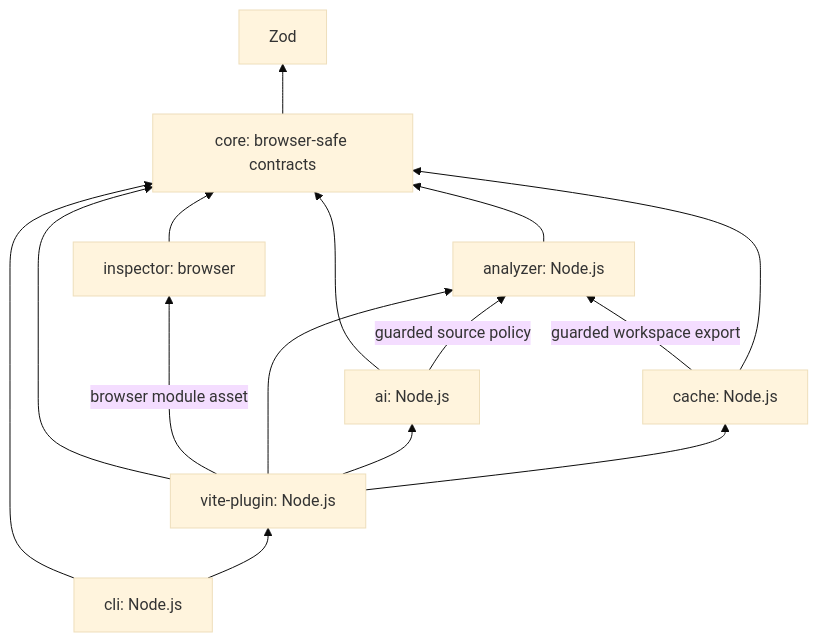
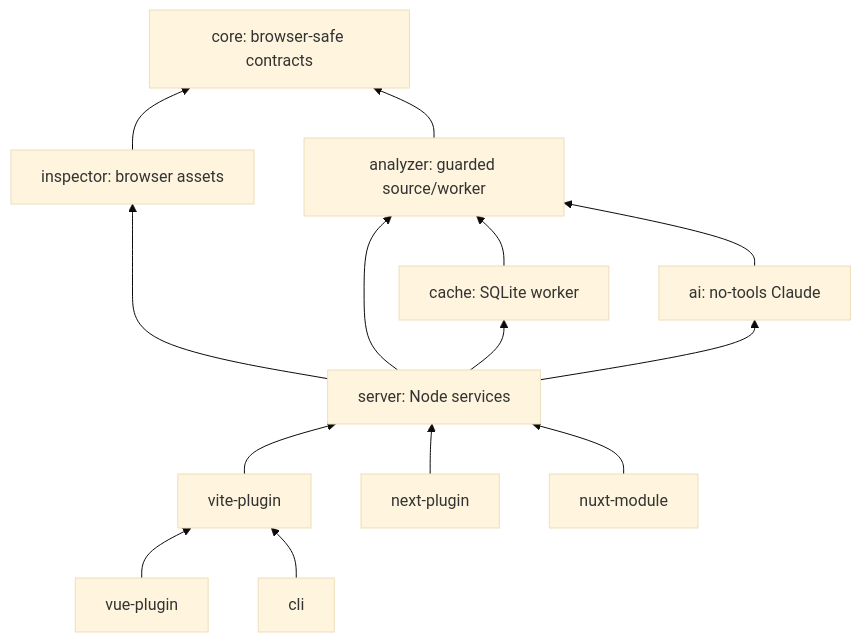
One commit to sonht113/dev-analyst changed the diagram in docs/architecture.md. Above: the diagram before and after it, drawn with Mermaid (base theme). The commit also changed other lines of this file and 165 other files, not shown here.

````diff
--- a/docs/architecture.md
+++ b/docs/architecture.md
@@ -19,17 +25,16 @@
 ```mermaid
 flowchart BT
-  Inspector[inspector: browser] --> Core[core: browser-safe contracts]
-  Vite[vite-plugin: Node.js] --> Core
-  Vite -->|browser module asset| Inspector
-  Analyzer[analyzer: Node.js] --> Core
-  Vite --> Analyzer
-  Vite --> AI
-  Vite --> Cache
-  Cache -->|guarded workspace export| Analyzer
-  AI[ai: Node.js] --> Core
-  AI -->|guarded source policy| Analyzer
-  Cache[cache: Node.js] --> Core
-  CLI[cli: Node.js] --> Core
-  CLI --> Vite
-  Core --> Zod[Zod]
+  Vue[vue-plugin] --> Vite[vite-plugin]
+  Vite --> Server[server: Node services]
+  Next[next-plugin] --> Server
+  Nuxt[nuxt-module] --> Server
+  Server --> Inspector[inspector: browser assets]
+  Server --> Analyzer[analyzer: guarded source/worker]
+  Server --> AI[ai: no-tools Claude]
+  Server --> Cache[cache: SQLite worker]
+  Cache --> Analyzer
+  AI --> Analyzer
+  Inspector --> Core[core: browser-safe contracts]
+  Analyzer --> Core
+  CLI[cli] --> Vite
 ```
````
